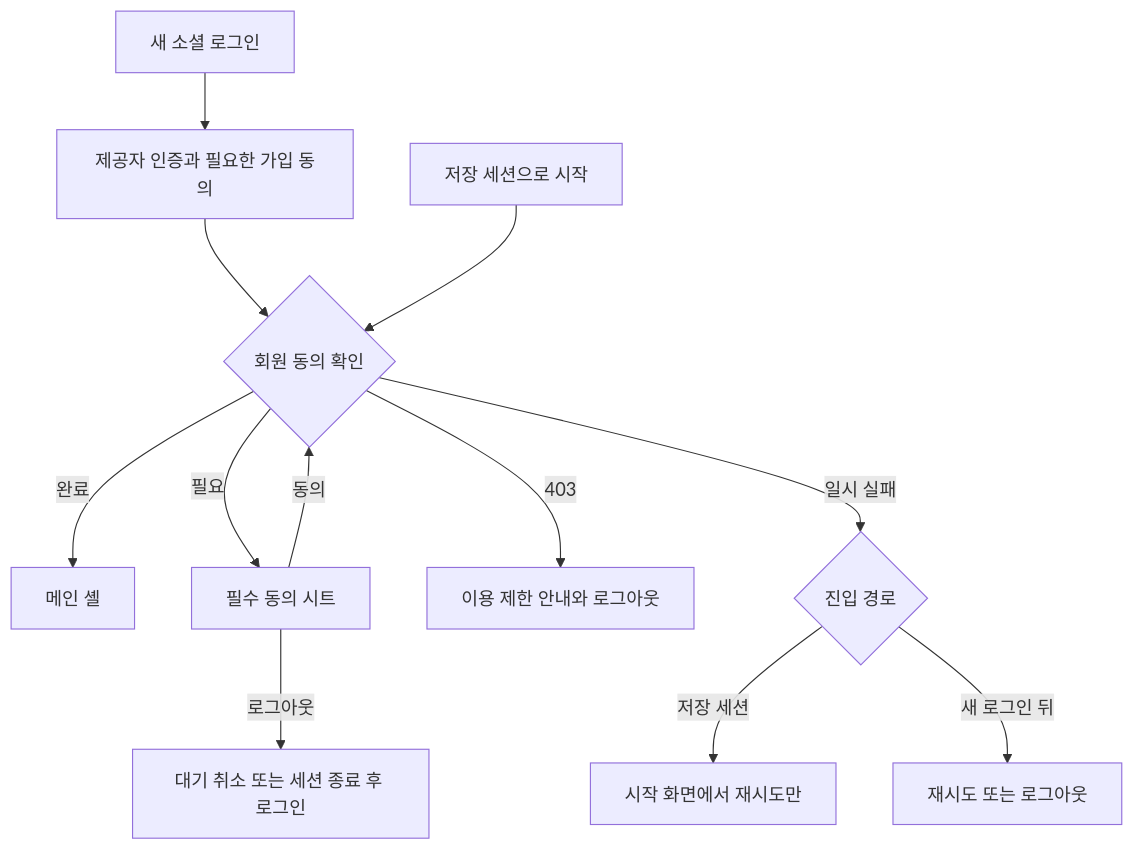
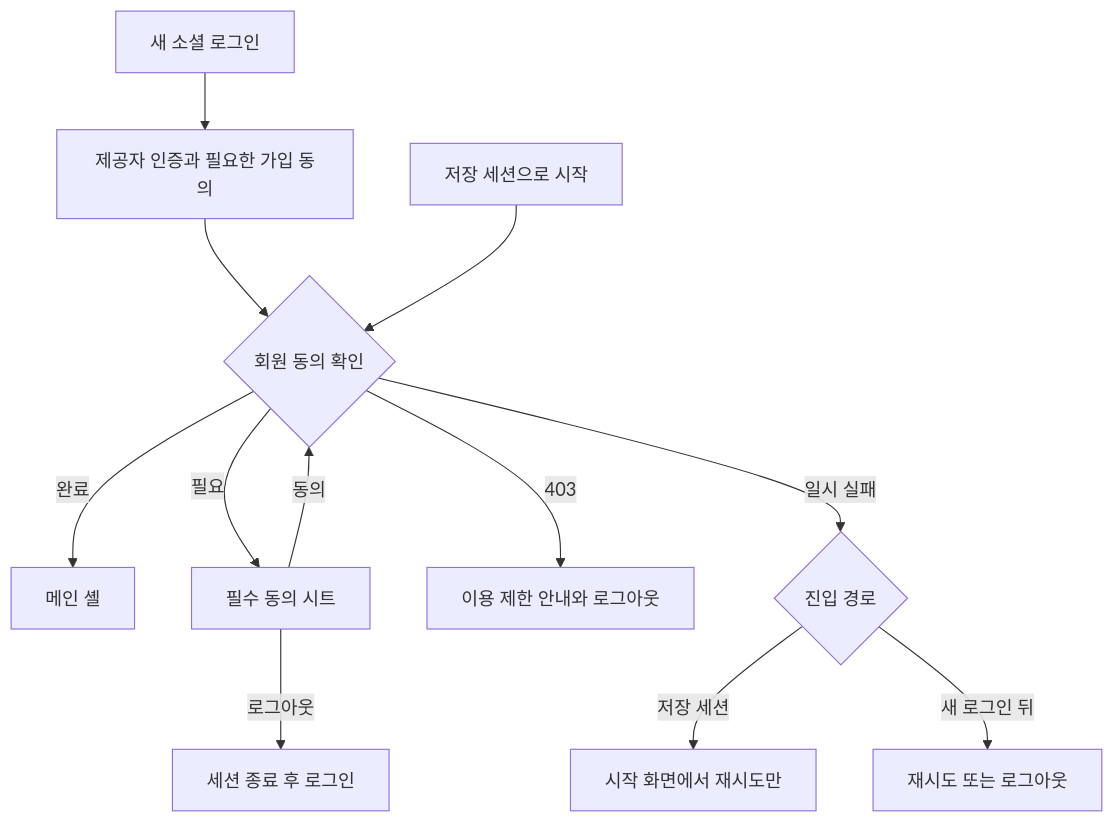
Before and after one commit to KIM-N-KANG/knk-harness: the diagram in docs/spec/ACCOUNT/CLIENT/IOS/3-2-INTERACTION-FLOWS.md, drawn with Mermaid. The commit also changed other lines of this file and 46 other files, not shown here.

````diff
--- a/docs/spec/ACCOUNT/CLIENT/IOS/3-2-INTERACTION-FLOWS.md
+++ b/docs/spec/ACCOUNT/CLIENT/IOS/3-2-INTERACTION-FLOWS.md
@@ -7,14 +7,14 @@
 ```mermaid
 flowchart TD
     New["새 소셜 로그인"] --> Auth["제공자 인증과 필요한 가입 동의"]
     Auth --> Check{"회원 동의 확인"}
     Saved["저장 세션으로 시작"] --> Check
     Check -->|완료| Member["메인 셸"]
     Check -->|필요| Sheet["필수 동의 시트"]
     Sheet -->|동의| Check
-    Sheet -->|로그아웃| Logout["대기 취소 또는 세션 종료 후 로그인"]
+    Sheet -->|로그아웃| Logout["세션 종료 후 로그인"]
     Check -->|403| Limited["이용 제한 안내와 로그아웃"]
     Check -->|일시 실패| Origin{"진입 경로"}
     Origin -->|저장 세션| RetryStart["시작 화면에서 재시도만"]
     Origin -->|새 로그인 뒤| RetryLogin["재시도 또는 로그아웃"]
 ```
````
